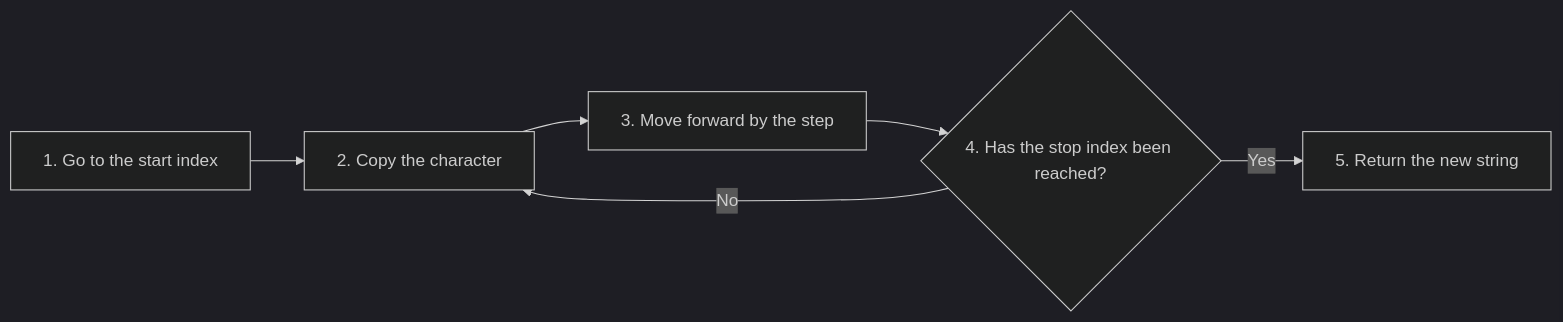
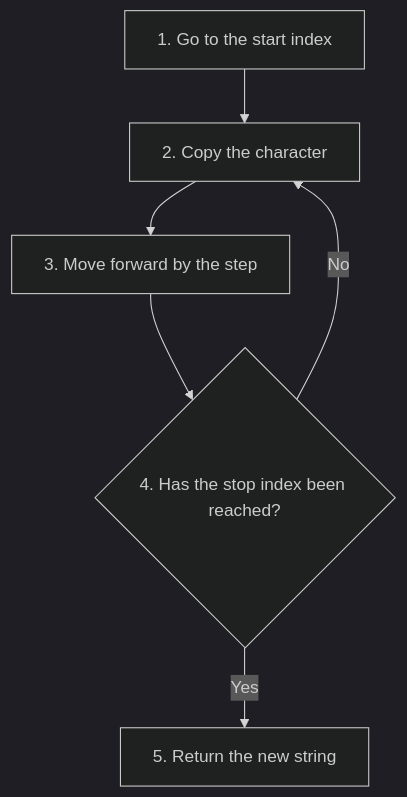
Before and after one commit to ag999git/001-mkdocs: the eighth of 18 diagrams in docs/17-strings/080-ch17-conceptual-qa.md, drawn with Mermaid (dark theme). The commit also changed other lines of this file, not shown here.

````diff
--- a/docs/17-strings/080-ch17-conceptual-qa.md
+++ b/docs/17-strings/080-ch17-conceptual-qa.md
@@ -2086,8 +2100,8 @@
 ```mermaid
-flowchart LR
+flowchart TD
     A["1. Go to the start index"] --> B["2. Copy the character"]
     B --> C["3. Move forward by the step"]
     C --> D{"4. Has the stop index been reached?"}
     D -->|"No"| B
     D -->|"Yes"| E["5. Return the new string"]
 ```
````
